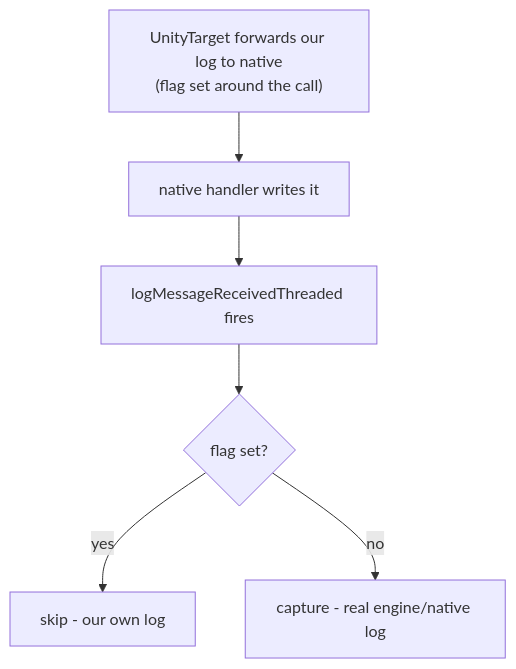
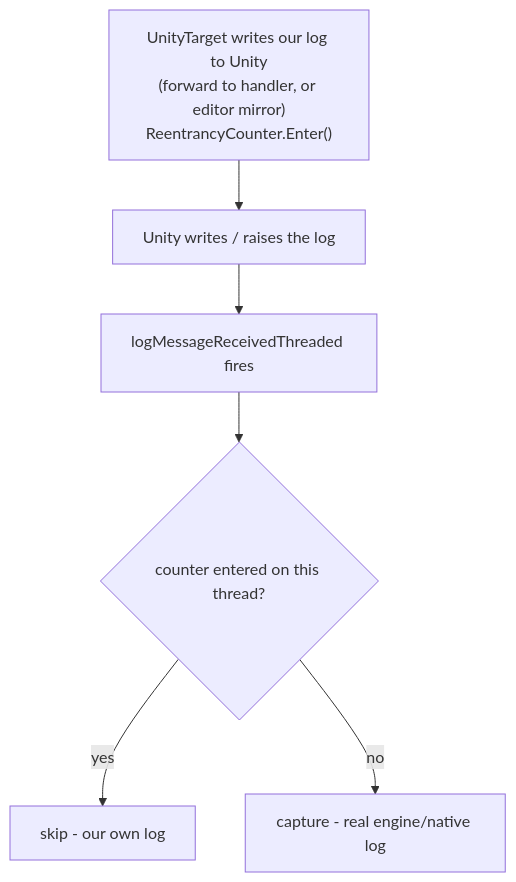
One commit to Appegy/UniLogger changed the sixth of 6 diagrams in docs/logging-pipeline.md. Above: the diagram before and after it, drawn with Mermaid. The commit also changed other lines of this file, not shown here.

Commit message:
docs: sync pipeline doc with Core/Targets refactor and editor log mirror

````diff
--- a/docs/logging-pipeline.md
+++ b/docs/logging-pipeline.md
@@ -198,8 +206,8 @@
 ```mermaid
 flowchart TD
-    F["UnityTarget forwards our log to native<br/>(flag set around the call)"] --> N["native handler writes it"]
+    F["UnityTarget writes our log to Unity<br/>(forward to handler, or editor mirror)<br/>ReentrancyCounter.Enter()"] --> N["Unity writes / raises the log"]
     N --> EV["logMessageReceivedThreaded fires"]
-    EV --> CH{"flag set?"}
+    EV --> CH{"counter entered on this thread?"}
     CH -->|"yes"| IGN["skip - our own log"]
     CH -->|"no"| CAP["capture - real engine/native log"]
 ```
````
